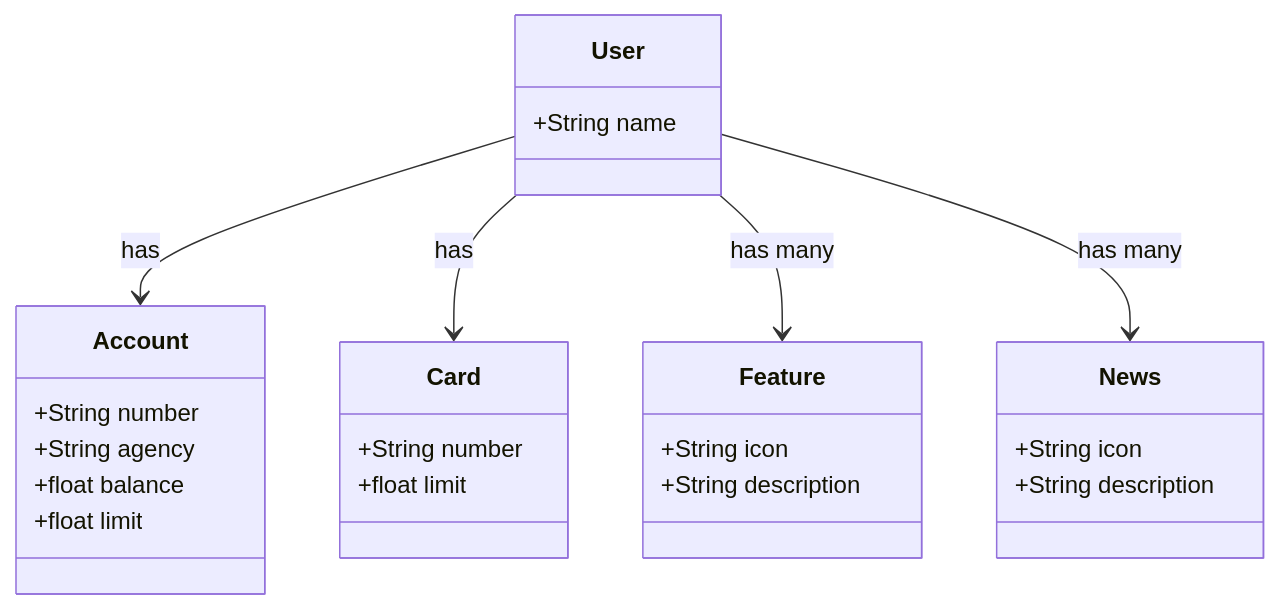
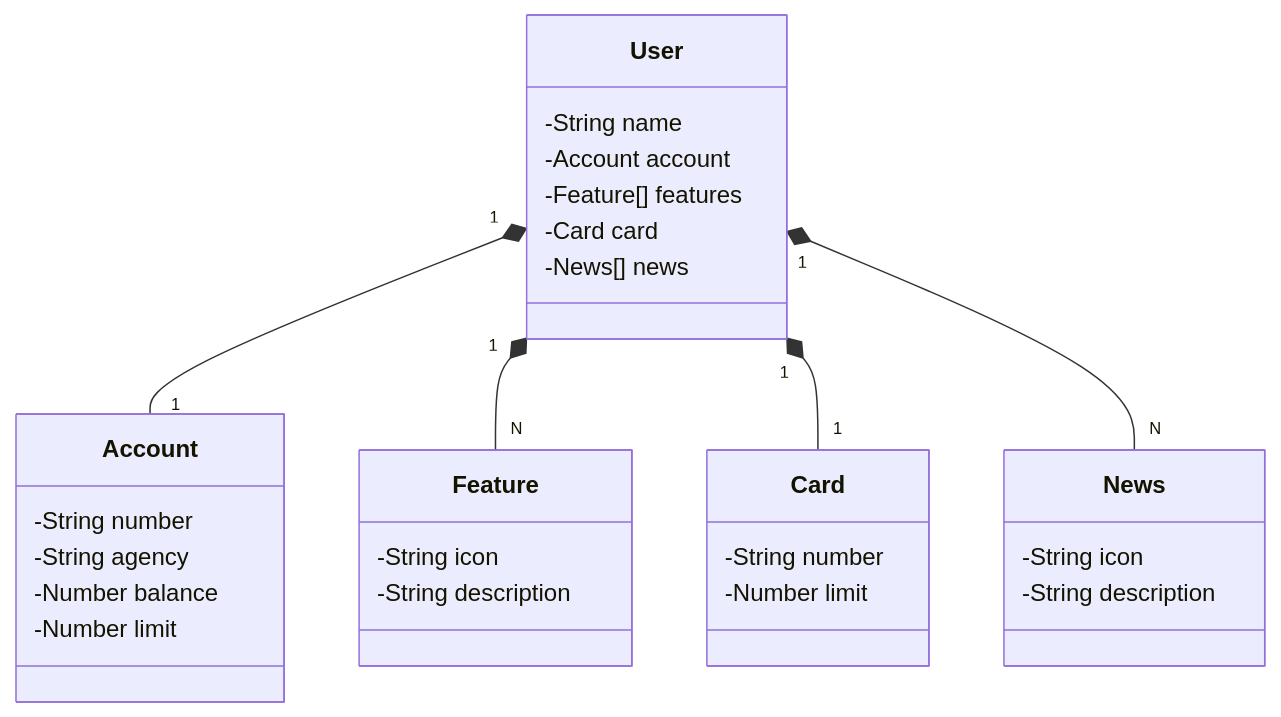
One commit to phpaulo/santander-2025-banckend changed the diagram in README.md. Above: the diagram before and after it, drawn with Mermaid.

Commit message:
Update README.md
update in file README

````diff
--- a/README.md
+++ b/README.md
@@ -6,33 +6,37 @@
 ```mermaid
 classDiagram
     class User {
-        +String name
+        -String name
+        -Account account
+        -Feature[] features
+        -Card card
+        -News[] news
     }
 
     class Account {
-        +String number
-        +String agency
-        +float balance
-        +float limit
+        -String number
+        -String agency
+        -Number balance
+        -Number limit
     }
 
     class Feature {
-        +String icon
-        +String description
+        -String icon
+        -String description
     }
 
     class Card {
-        +String number
-        +float limit
+        -String number
+        -Number limit
     }
 
     class News {
-        +String icon
-        +String description
+        -String icon
+        -String description
     }
 
-    User --> Account : has
-    User --> Card : has
-    User --> Feature : has many
-    User --> News : has many
+    User "1 "*-- "1" Account
+    User "1" *-- "N" Feature
+    User "1" *-- "1" Card
+    User "1" *-- "N" News
 ```
````
